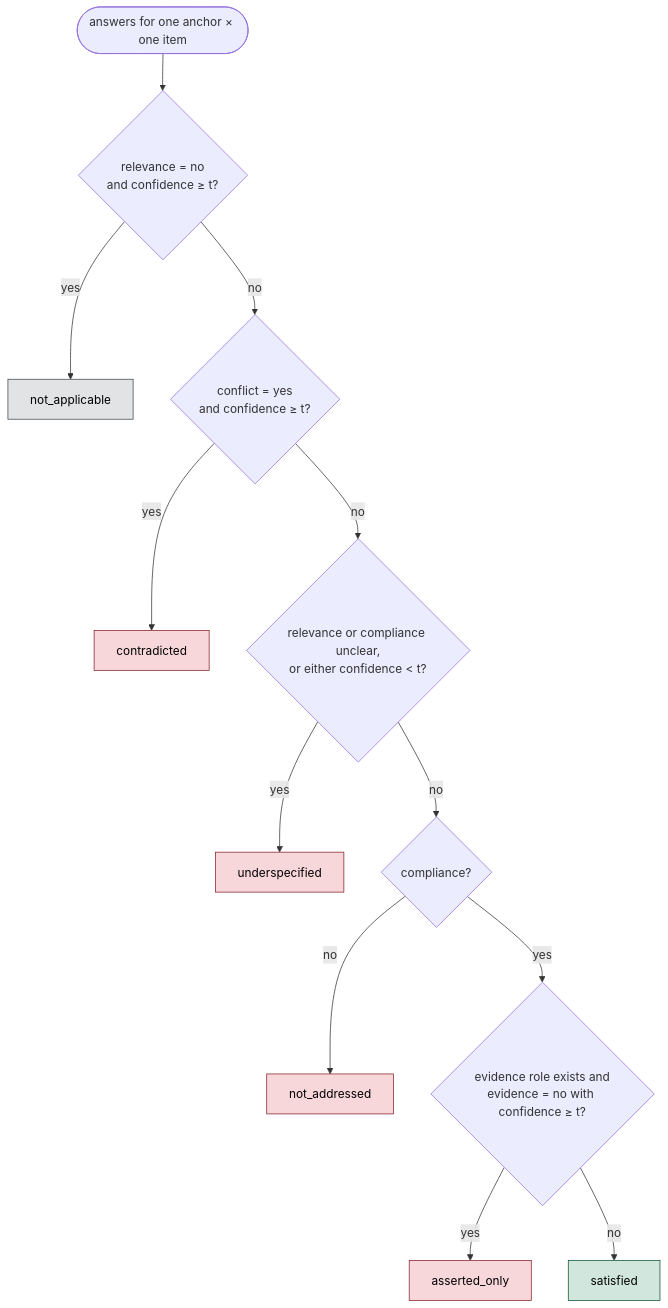
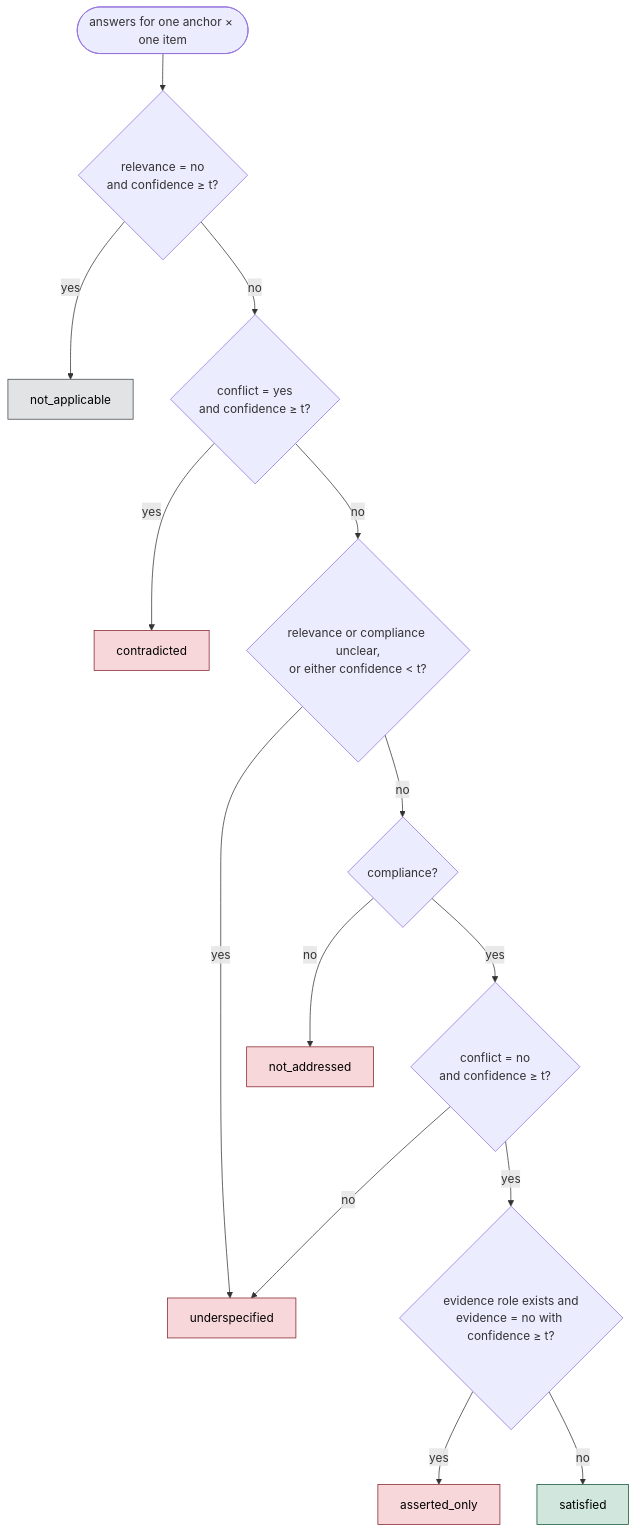
Before and after one commit to randlee/plan-anchor: the third of 6 diagrams in docs/design/data-model-and-gating.md, drawn with Mermaid. The commit also changed other lines of this file and 4 other files, not shown here.

````diff
--- a/docs/design/data-model-and-gating.md
+++ b/docs/design/data-model-and-gating.md
@@ -140,21 +145,23 @@
 ```mermaid
 flowchart TD
     Start(["answers for one anchor × one item"]) --> R{"relevance = no<br/>and confidence ≥ t?"}
     R -- "yes" --> NA["not_applicable"]
     R -- "no" --> C{"conflict = yes<br/>and confidence ≥ t?"}
     C -- "yes" --> CO["contradicted"]
     C -- "no" --> U{"relevance or compliance unclear,<br/>or either confidence &lt; t?"}
     U -- "yes" --> US["underspecified"]
     U -- "no" --> A{"compliance?"}
     A -- "no" --> NAd["not_addressed"]
-    A -- "yes" --> E{"evidence role exists and<br/>evidence = no with confidence ≥ t?"}
+    A -- "yes" --> K{"conflict = no<br/>and confidence ≥ t?"}
+    K -- "no" --> US
+    K -- "yes" --> E{"evidence role exists and<br/>evidence = no with confidence ≥ t?"}
     E -- "yes" --> AO["asserted_only"]
     E -- "no" --> SAT["satisfied"]
 
     classDef fail fill:#f8d7da,stroke:#842029,color:#000
     classDef ok fill:#d1e7dd,stroke:#0f5132,color:#000
     classDef na fill:#e2e3e5,stroke:#41464b,color:#000
     class CO,NAd,AO,US fail
     class SAT ok
     class NA na
 ```
````
